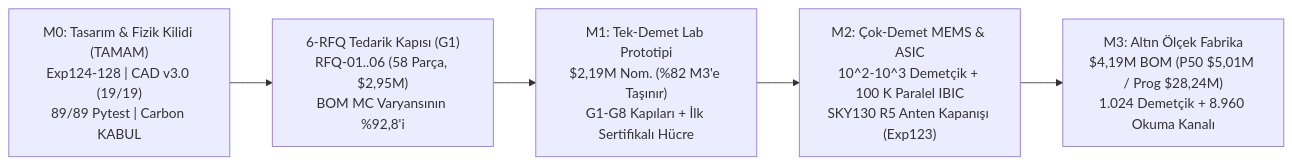
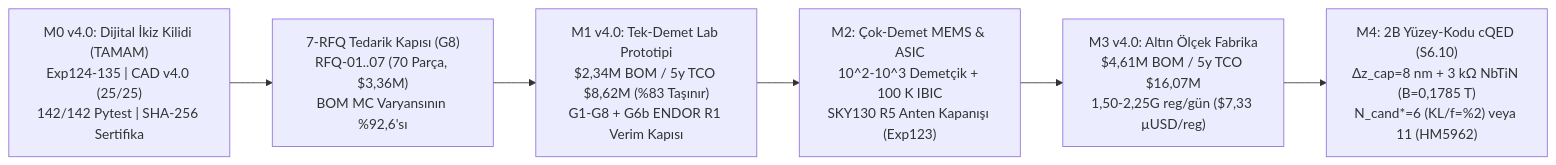
The third of 3 diagrams in README.md (berkmec/Atom-Lithography), drawn with Mermaid before and after one commit. The commit also changed other lines of this file and 143 other files, not shown here.

Commit message:
Atom Lithography Machine v4.0: VOKL-6 (Exp129), ms flash anneal (Exp130), M4 cQED bus (Exp131), BOED + CellISA v3.0 (Exp132), PT420 active vibration (Exp133), Fab TCO (Exp134), Digital Twin (Exp135), CAD/BOM v4.0

````diff
--- a/README.md
+++ b/README.md
@@ -75,7 +76,8 @@
 ```mermaid
 flowchart LR
-    M0["M0: Tasarım & Fizik Kilidi (TAMAM)<br/>Exp124-128 | CAD v3.0 (19/19)<br/>89/89 Pytest | Carbon KABUL"] --> RFQ["6-RFQ Tedarik Kapısı (G1)<br/>RFQ-01..06 (58 Parça, $2,95M)<br/>BOM MC Varyansının %92,8'i"]
-    RFQ --> M1["M1: Tek-Demet Lab Prototipi<br/>$2,19M Nom. (%82 M3'e Taşınır)<br/>G1-G8 Kapıları + İlk Sertifikalı Hücre"]
-    M1 --> M2["M2: Çok-Demet MEMS & ASIC<br/>10^2-10^3 Demetçik + 100 K Paralel IBIC<br/>SKY130 R5 Anten Kapanışı (Exp123)"]
-    M2 --> M3["M3: Altın Ölçek Fabrika<br/>$4,19M BOM (P50 $5,01M / Prog $28,24M)<br/>1.024 Demetçik + 8.960 Okuma Kanalı"]
+    M0["M0 v4.0: Dijital İkiz Kilidi (TAMAM)<br/>Exp124-135 | CAD v4.0 (25/25)<br/>142/142 Pytest | SHA-256 Sertifika"] --> RFQ["7-RFQ Tedarik Kapısı (G8)<br/>RFQ-01..07 (70 Parça, $3,36M)<br/>BOM MC Varyansının %92,6'sı"]
+    RFQ --> M1["M1 v4.0: Tek-Demet Lab Prototipi<br/>$2,34M BOM / 5y TCO $8,62M (%83 Taşınır)<br/>G1-G8 + G6b ENDOR R1 Verim Kapısı"]
+    M1 --> M2["M2: Çok-Demet MEMS & ASIC<br/>10^2-10^3 Demetçik + 100 K IBIC<br/>SKY130 R5 Anten Kapanışı (Exp123)"]
+    M2 --> M3["M3 v4.0: Altın Ölçek Fabrika<br/>$4,61M BOM / 5y TCO $16,07M<br/>1,50-2,25G reg/gün ($7,33 µUSD/reg)"]
+    M3 --> M4["M4: 2B Yüzey-Kodu cQED (S6.10)<br/>Δz_cap=8 nm + 3 kΩ NbTiN (B=0,1785 T)<br/>N_cand*=6 (KL/f=%2) veya 11 (HM5962)"]
 ```
````
